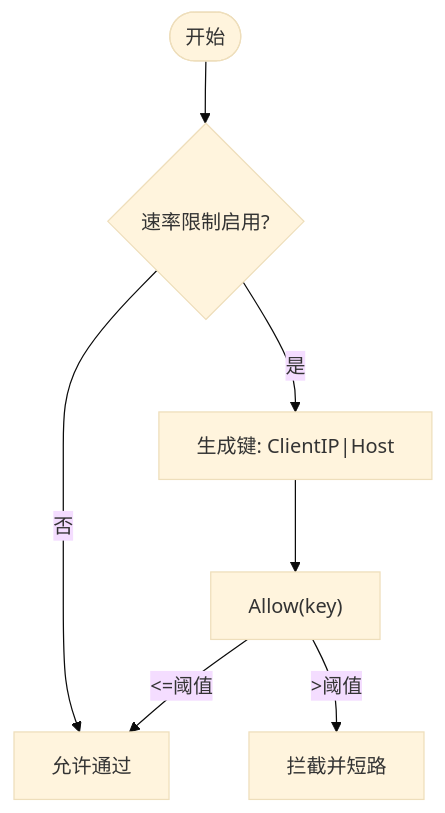
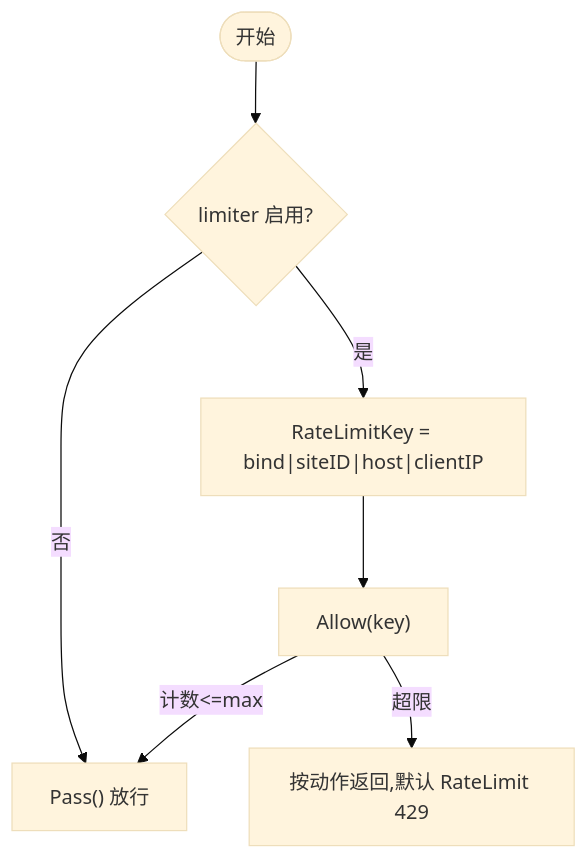
The seventh of 10 diagrams in docs/WAF 引擎系统/处理阶段详解/处理阶段详解.md (x01n/My-OpenWaf), drawn with Mermaid (base theme) before and after one commit. The commit also changed other lines of this file and 622 other files, not shown here.

````diff
--- a/docs/WAF 引擎系统/处理阶段详解/处理阶段详解.md
+++ b/docs/WAF 引擎系统/处理阶段详解/处理阶段详解.md
@@ -247,9 +305,9 @@
 ```mermaid
 flowchart TD
-Start(["开始"]) --> Enabled{"速率限制启用?"}
-Enabled --> |否| Allow["允许通过"]
-Enabled --> |是| GetKey["生成键: ClientIP|Host"]
+Start(["开始"]) --> Enabled{"limiter 启用?"}
+Enabled --> |否| Allow["Pass() 放行"]
+Enabled --> |是| GetKey["RateLimitKey = bind|siteID|host|clientIP"]
 GetKey --> AllowCheck["Allow(key)"]
-AllowCheck --> |<=阈值| Allow
-AllowCheck --> |>阈值| Block["拦截并短路"]
+AllowCheck --> |计数<=max| Allow
+AllowCheck --> |超限| Block["按动作返回,默认 RateLimit 429"]
 ```
````
